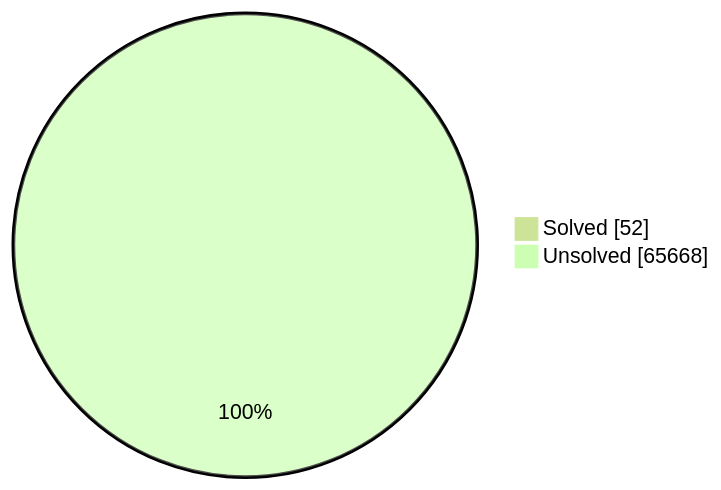
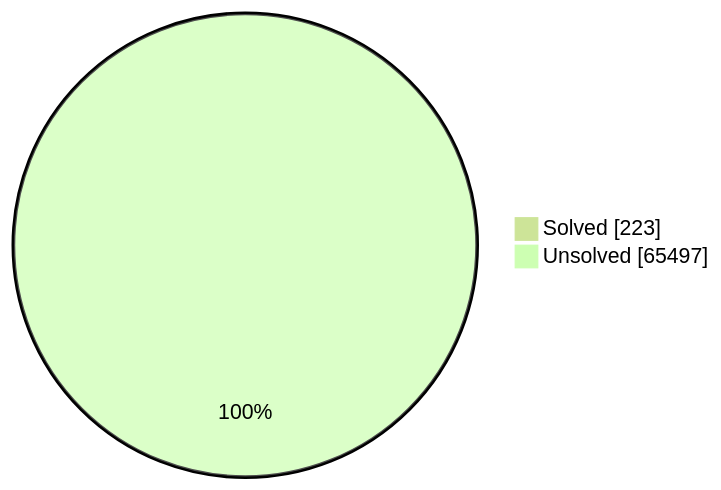
The first of 2 diagrams in README.md (trintlermint/problem-sets), drawn with Mermaid (forest theme) before and after one commit. The commit also changed other lines of this file, not shown here.

````diff
--- a/README.md
+++ b/README.md
@@ -39,5 +38,5 @@
 ```mermaid
 pie showData
-    "Solved" : 52
-    "Unsolved" : 65668
+    "Solved" : 223
+    "Unsolved" : 65497
 ```
````
